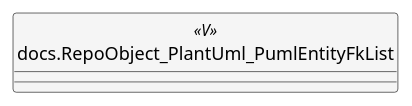
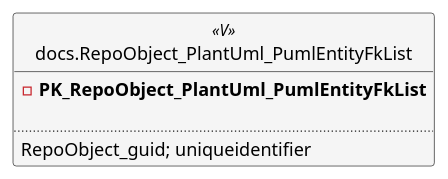
One commit to DataHandwerk/dhw-antora-docs changed the diagram in docs/modules/sqldb/partials/puml/entity_1_1_fk/docs.RepoObject_PlantUml_PumlEntityFkList.puml. Above: the diagram before and after it, drawn with PlantUML. The commit also changed 2449 other files, not shown here.

```diff
--- a/docs/modules/sqldb/partials/puml/entity_1_1_fk/docs.RepoObject_PlantUml_PumlEntityFkList.puml
+++ b/docs/modules/sqldb/partials/puml/entity_1_1_fk/docs.RepoObject_PlantUml_PumlEntityFkList.puml
@@ -1,28 +1,31 @@
-left to right direction
+Left to right direction
 hide circle
 'avoide "." issues:
 set namespaceSeparator none
 
 
 skinparam class {
   BackgroundColor White
   BackgroundColor<<FN>> Yellow
   BackgroundColor<<FS>> Yellow
   BackgroundColor<<FT>> LightGray
   BackgroundColor<<IF>> Yellow
   BackgroundColor<<IS>> Yellow
   BackgroundColor<<P>> Aqua
   BackgroundColor<<PC>> Aqua
   BackgroundColor<<SN>> Yellow
   BackgroundColor<<SO>> SlateBlue
   BackgroundColor<<TF>> LightGray
   BackgroundColor<<TR>> Tomato
   BackgroundColor<<U>> White
   BackgroundColor<<V>> WhiteSmoke
   BackgroundColor<<X>> Aqua
 }
 
 
 entity docs.RepoObject_PlantUml_PumlEntityFkList << V >> {
+- **PK_RepoObject_PlantUml_PumlEntityFkList**
 
+..
+RepoObject_guid; uniqueidentifier
 }
```
